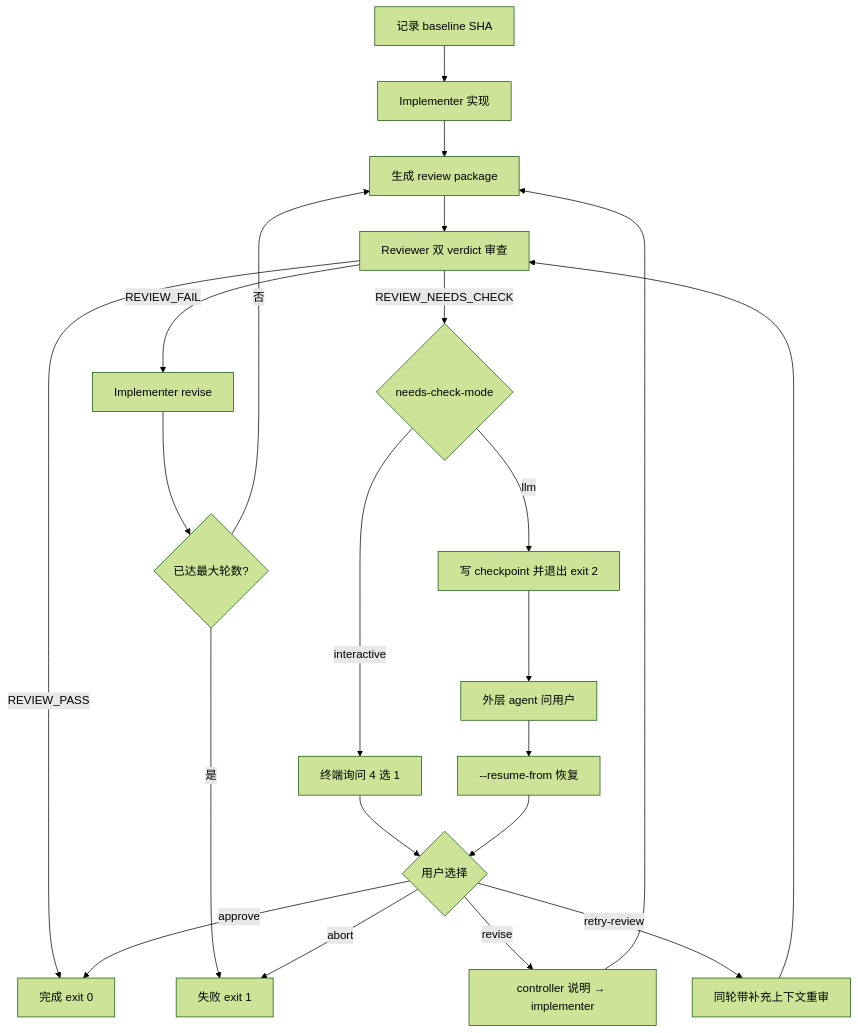
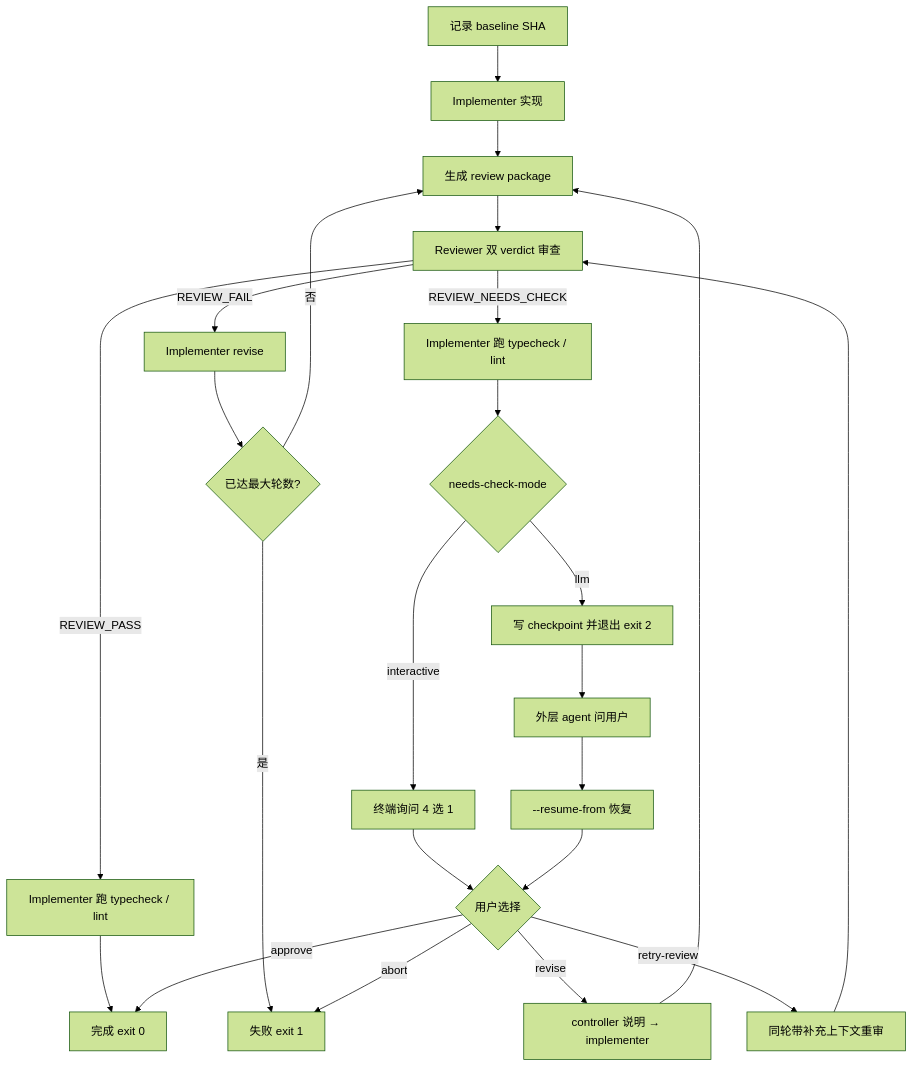
The diagram in README.md (lunoob/mini-orchestrator), drawn with Mermaid (forest theme) before and after one commit. The commit also changed other lines of this file and 4 other files, not shown here.

First line of the commit message:
Add post-review check prompt and update workflow for static checks

````diff
--- a/README.md
+++ b/README.md
@@ -58,24 +59,26 @@
 ```mermaid
 flowchart TD
     A[记录 baseline SHA] --> B[Implementer 实现]
     B --> C[生成 review package]
     C --> D[Reviewer 双 verdict 审查]
-    D -->|REVIEW_PASS| E[完成 exit 0]
+    D -->|REVIEW_PASS| E0[Implementer 跑 typecheck / lint]
+    E0 --> E[完成 exit 0]
     D -->|REVIEW_FAIL| F[Implementer revise]
     F --> G{已达最大轮数?}
     G -->|否| C
     G -->|是| H[失败 exit 1]
-    D -->|REVIEW_NEEDS_CHECK| I{needs-check-mode}
+    D -->|REVIEW_NEEDS_CHECK| I0[Implementer 跑 typecheck / lint]
+    I0 --> I{needs-check-mode}
     I -->|interactive| J[终端询问 4 选 1]
     I -->|llm| K[写 checkpoint 并退出 exit 2]
     K --> L[外层 agent 问用户]
     L --> M[--resume-from 恢复]
     J --> N{用户选择}
     M --> N
     N -->|approve| E
     N -->|abort| H
     N -->|revise| O[controller 说明 → implementer]
     N -->|retry-review| P[同轮带补充上下文重审]
     O --> C
     P --> D
 ```
````
